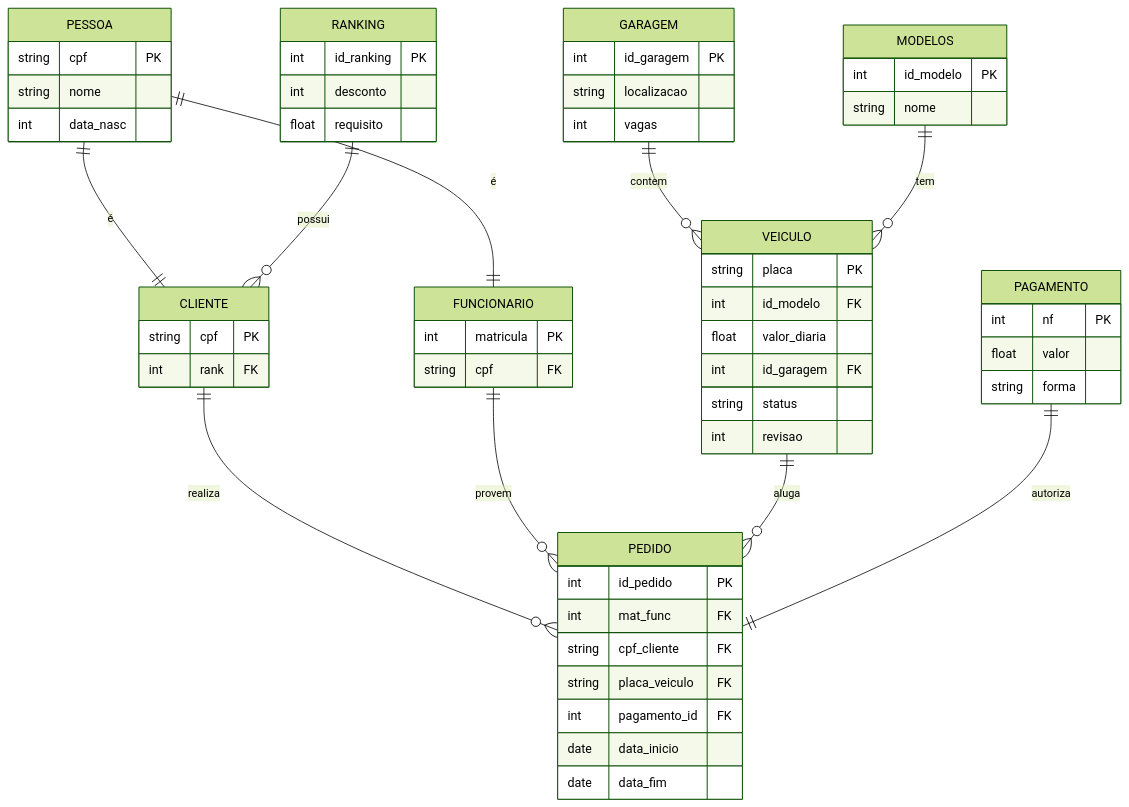
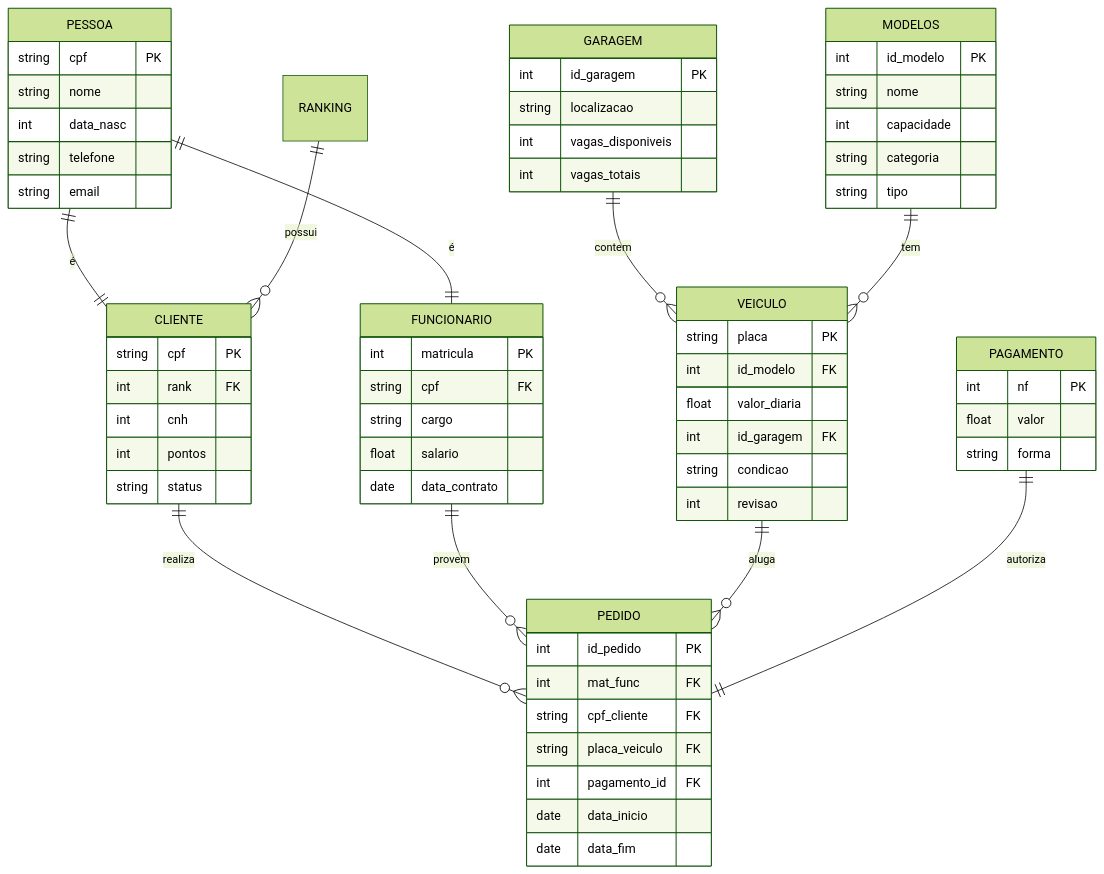
The diagram in README.md (pedro-tsa/alucar), drawn with Mermaid (forest theme) before and after one commit.

````diff
--- a/README.md
+++ b/README.md
@@ -3,74 +3,80 @@
 ```mermaid
     erDiagram
 
 PESSOA {
     string cpf PK
     string nome
     int data_nasc
+    string telefone
+    string email
 }
 
 CLIENTE {
     string cpf PK
     int rank FK
+    int cnh
+    int pontos
+    string status
 }
 
 FUNCIONARIO {
     int matricula PK
     string cpf FK
+    string cargo
+    float salario
+    date data_contrato
 }
 
 VEICULO {
     string placa PK
     int id_modelo FK
     float valor_diaria
     int id_garagem FK
-    string status
+    string condicao
     int revisao
 }
 
 MODELOS {
     int id_modelo PK
     string nome
+    int capacidade
+    string categoria
+    string tipo
 }
 
 GARAGEM {
     int id_garagem PK
     string localizacao
-    int vagas
-}
-
-RANKING {
-    int id_ranking PK
-    int desconto
-    float requisito
+    int vagas_disponiveis
+    int vagas_totais
 }
 
 PAGAMENTO {
     int nf PK
     float valor
     string forma
 }
 
 PEDIDO {
     int id_pedido PK
     int mat_func FK
     string cpf_cliente FK
     string placa_veiculo FK
     int pagamento_id FK
     date data_inicio
     date data_fim
 }
 PESSOA ||--|| CLIENTE : "é"
 PESSOA ||--|| FUNCIONARIO : "é"
 
 GARAGEM ||--o{ VEICULO : contem
 MODELOS ||--o{ VEICULO : tem
 
 CLIENTE ||--o{ PEDIDO : realiza
 FUNCIONARIO ||--o{ PEDIDO : provem
 VEICULO ||--o{ PEDIDO : aluga
 
 RANKING ||--o{ CLIENTE : possui
 PAGAMENTO ||--|| PEDIDO : autoriza
 
 ```
````
